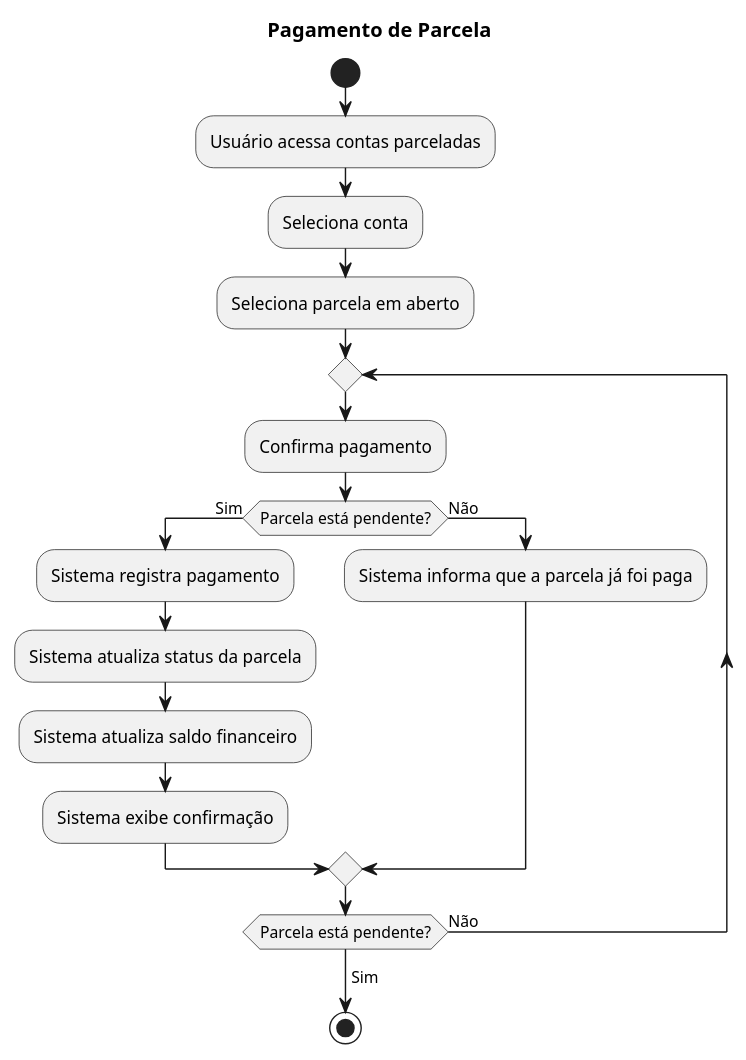
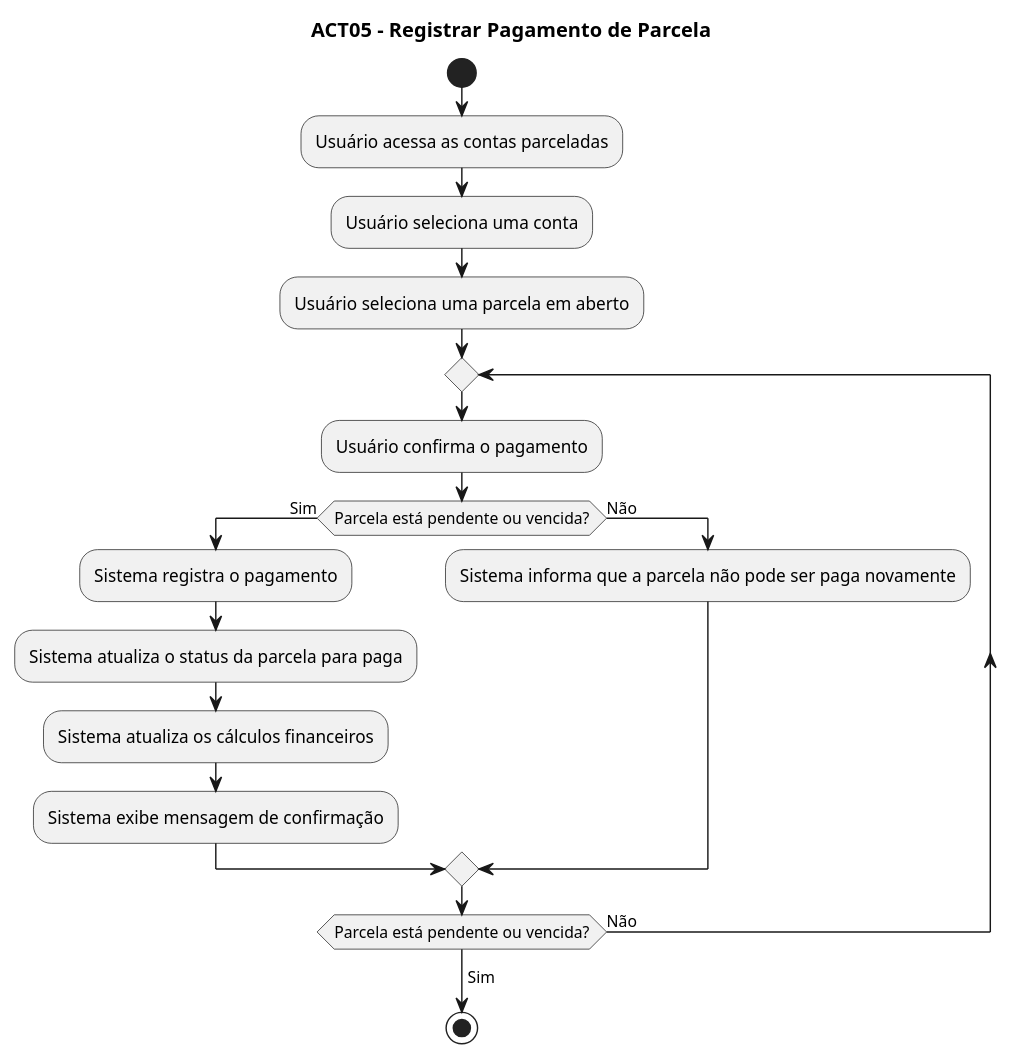
One commit to Nathan-Edu/Financa-Facil changed the diagram in docs/modelagem/atividades/conta-parcelada.puml. Above: the diagram before and after it, drawn with PlantUML.

Commit message:
Update payment flow for installment registration

```diff
--- a/docs/modelagem/atividades/conta-parcelada.puml
+++ b/docs/modelagem/atividades/conta-parcelada.puml
@@ -1,26 +1,28 @@
 @startuml
-title Pagamento de Parcela
+
+title ACT05 - Registrar Pagamento de Parcela
 
 start
 
-:Usuário acessa contas parceladas;
-:Seleciona conta;
-:Seleciona parcela em aberto;
+:Usuário acessa as contas parceladas;
+:Usuário seleciona uma conta;
+:Usuário seleciona uma parcela em aberto;
 
 repeat
-  :Confirma pagamento;
+  :Usuário confirma o pagamento;
 
-  if (Parcela está pendente?) then (Sim)
-    :Sistema registra pagamento;
-    :Sistema atualiza status da parcela;
-    :Sistema atualiza saldo financeiro;
-    :Sistema exibe confirmação;
+  if (Parcela está pendente ou vencida?) then (Sim)
+    :Sistema registra o pagamento;
+    :Sistema atualiza o status da parcela para paga;
+    :Sistema atualiza os cálculos financeiros;
+    :Sistema exibe mensagem de confirmação;
   else (Não)
-    :Sistema informa que a parcela já foi paga;
+    :Sistema informa que a parcela não pode ser paga novamente;
   endif
 
-repeat while (Parcela está pendente?) is (Não)
+repeat while (Parcela está pendente ou vencida?) is (Não)
 -> Sim;
 
 stop
+
 @enduml
```
